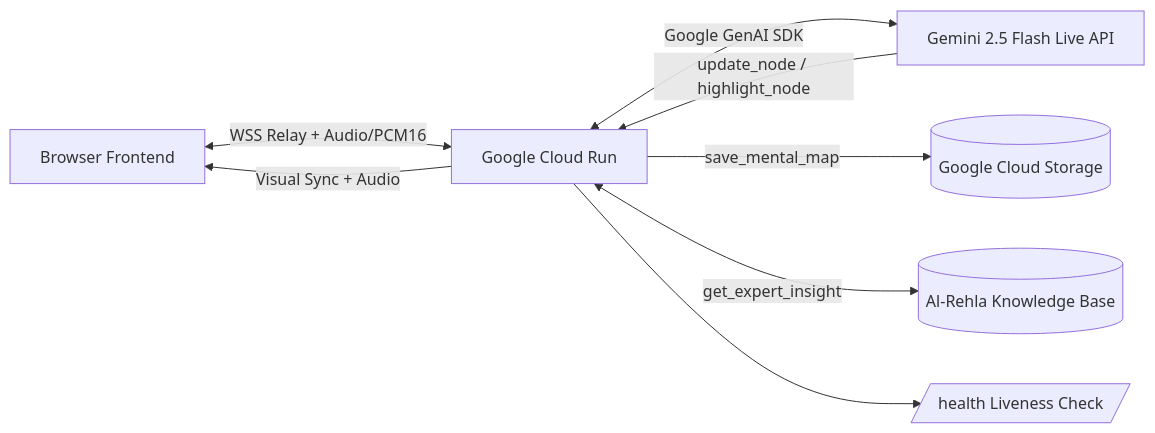
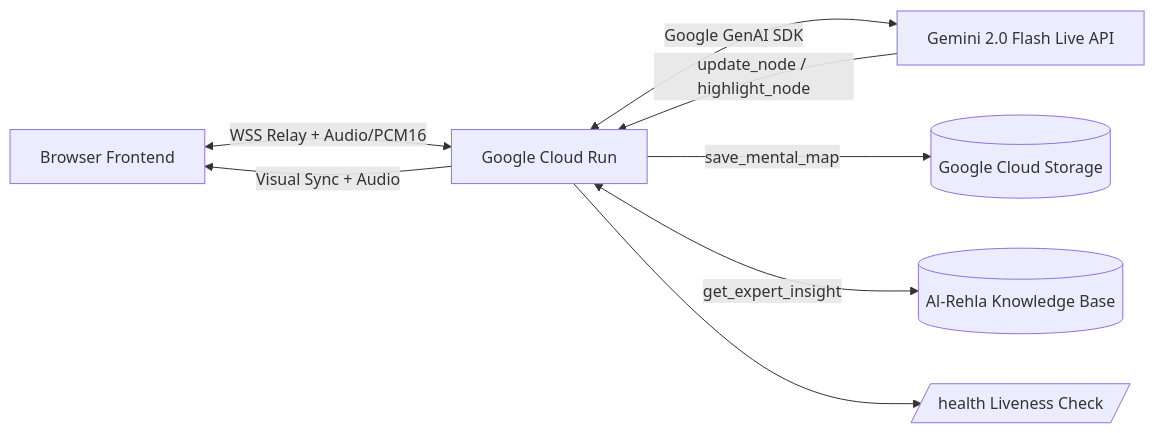
Before and after one commit to M7mdRef3t/dawayir-live-agent: the second of 2 diagrams in ARCHITECTURE.md, drawn with Mermaid. The commit also changed 4 other files, not shown here.

Commit message:
feat: unified model to gemini-2.0-flash-exp, implemented DEMO_MODE, and refined pre-cue visual feedback

````diff
--- a/ARCHITECTURE.md
+++ b/ARCHITECTURE.md
@@ -74,10 +74,10 @@
 ```mermaid
 graph LR
     FE[Browser Frontend] <-->|WSS Relay + Audio/PCM16| CR[Google Cloud Run]
-    CR <-->|Google GenAI SDK| GEM[Gemini 2.5 Flash Live API]
+    CR <-->|Google GenAI SDK| GEM[Gemini 2.0 Flash Live API]
     CR -->|save_mental_map| GCS[(Google Cloud Storage)]
     CR <-->|get_expert_insight| KB[(Al-Rehla Knowledge Base)]
     GEM -->|update_node / highlight_node| CR
     CR -->|Visual Sync + Audio| FE
     CR --> H[/health Liveness Check/]
 ```
````
